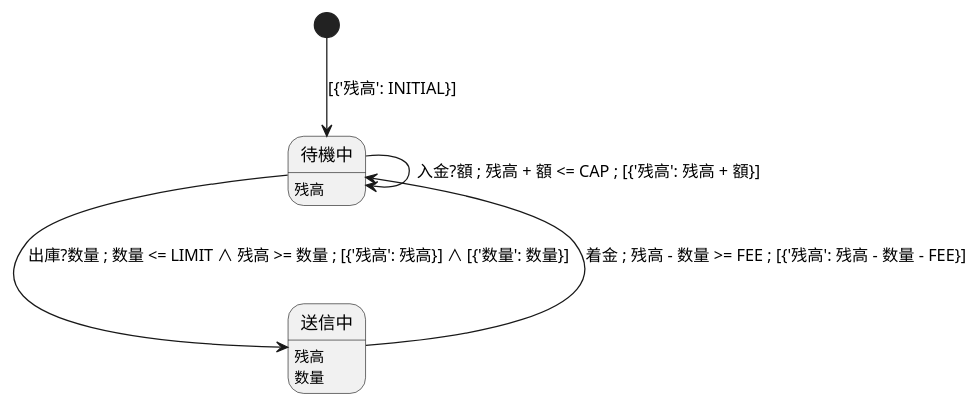
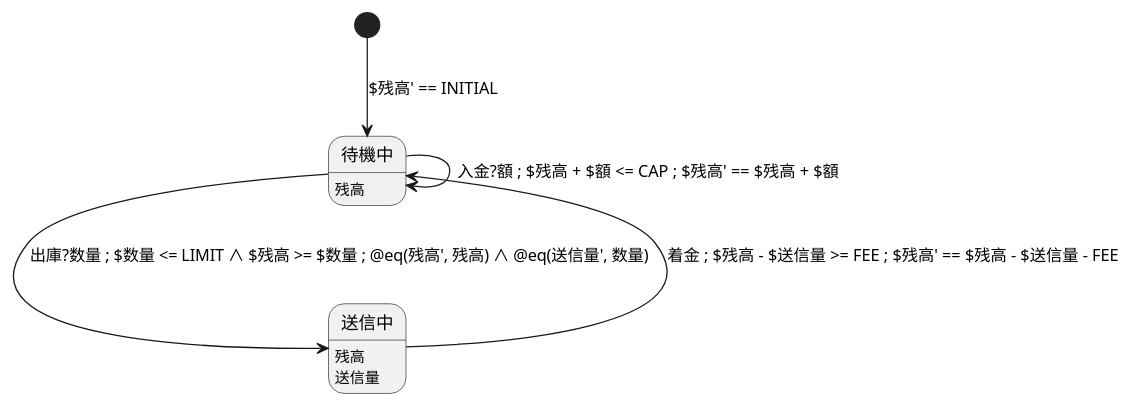
The diagram in examples/bmc/withdraw_formal.puml (Kuniwak/puml-parallel), drawn with PlantUML before and after one commit. The commit also changed 55 other files, not shown here.

First line of the commit message:
Behavioral: Walk a diagram whose clauses are formulas

```diff
--- a/examples/bmc/withdraw_formal.puml
+++ b/examples/bmc/withdraw_formal.puml
@@ -1,16 +1,16 @@
 @startuml WITHDRAW
-' A two-state ledger with every clause written in Python, as a front end
+' A two-state ledger with every atom written in Python, as a front end
 ' renders the formal labels in place of the prose: the reference glue reads
-' them, and withdraw_formal_defs.py names the constants and the domains.
+' them, and withdraw_formal_defs.py names the constants and the types.
 state "待機中" as idle
 idle : 残高
 state "送信中" as sending
 sending : 残高
-sending : 数量
+sending : 送信量
 
-[*] --> idle : [{'残高': INITIAL}]
+[*] --> idle : $残高' == INITIAL
 
-idle --> sending : 出庫?数量 ; 数量 <= LIMIT ∧ 残高 >= 数量 ; [{'残高': 残高}] ∧ [{'数量': 数量}]
-sending --> idle : 着金 ; 残高 - 数量 >= FEE ; [{'残高': 残高 - 数量 - FEE}]
-idle --> idle : 入金?額 ; 残高 + 額 <= CAP ; [{'残高': 残高 + 額}]
+idle --> sending : 出庫?数量 ; $数量 <= LIMIT ∧ $残高 >= $数量 ; @eq(残高', 残高) ∧ @eq(送信量', 数量)
+sending --> idle : 着金 ; $残高 - $送信量 >= FEE ; $残高' == $残高 - $送信量 - FEE
+idle --> idle : 入金?額 ; $残高 + $額 <= CAP ; $残高' == $残高 + $額
 @enduml
```
